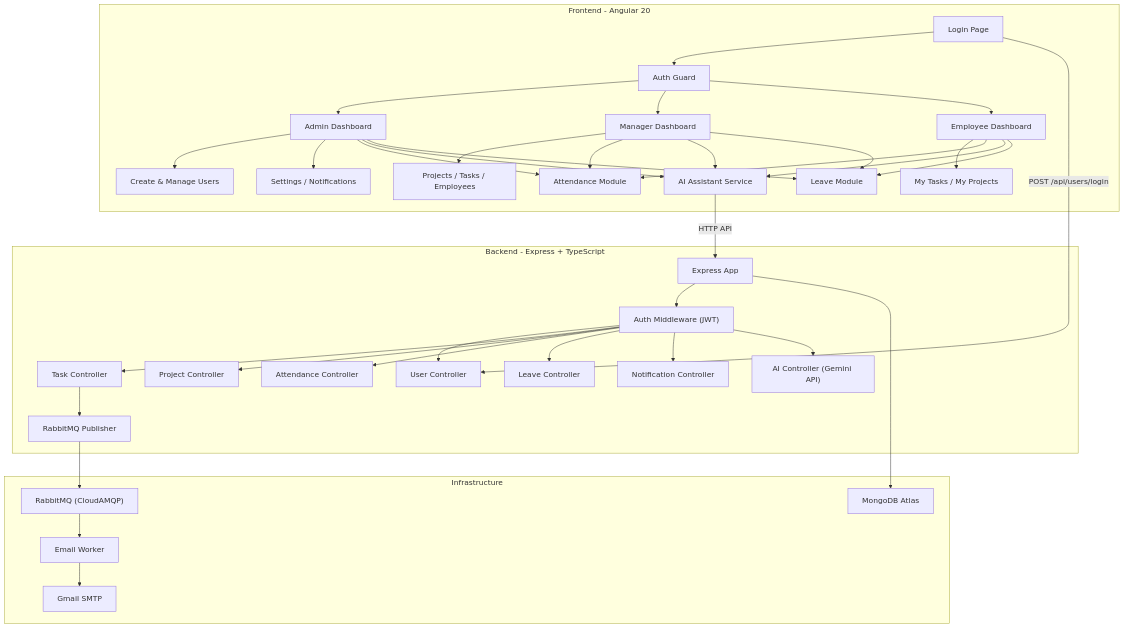
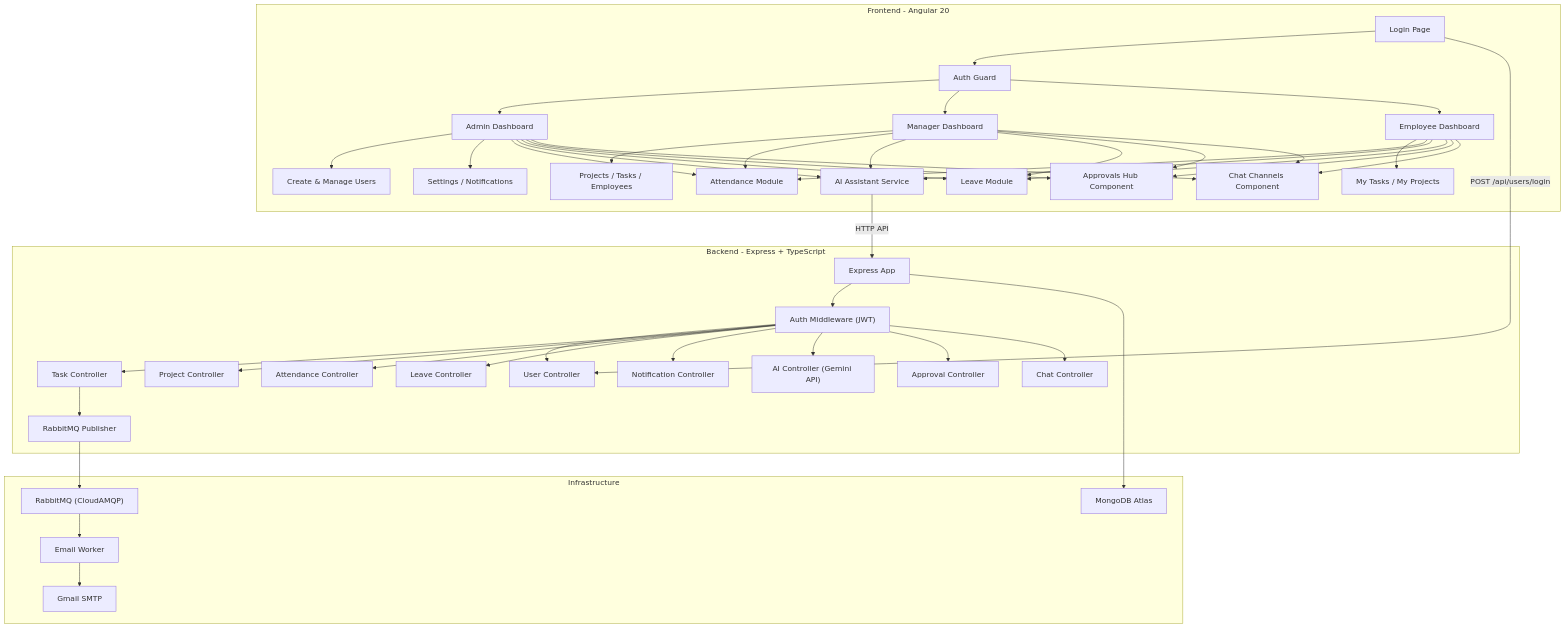
The diagram in taskflow_pro_documentation.md (suraj-9430/taskflow_repomangerfrontend), drawn with Mermaid before and after one commit. The commit also changed other lines of this file, not shown here.

Commit message:
docs(frontend): update architectural and authentication documentation

````diff
--- a/taskflow_pro_documentation.md
+++ b/taskflow_pro_documentation.md
@@ -49,41 +51,45 @@
 ```mermaid
 graph TB
     subgraph "Frontend - Angular 20"
         A["Login Page"] --> B["Auth Guard"]
         B --> C["Admin Dashboard"]
         B --> D["Manager Dashboard"]
         B --> E["Employee Dashboard"]
         C --> F["Create & Manage Users"]
         C --> G["Settings / Notifications"]
         D --> H["Projects / Tasks / Employees"]
         E --> I["My Tasks / My Projects"]
         C & D & E --> J["Attendance Module"]
         C & D & E --> K["AI Assistant Service"]
         C & D & E --> Z["Leave Module"]
+        C & D & E --> AA["Approvals Hub Component"]
+        C & D & E --> BB["Chat Channels Component"]
     end
 
     subgraph "Backend - Express + TypeScript"
         L["Express App"] --> M["Auth Middleware (JWT)"]
         M --> N["User Controller"]
         M --> O["Task Controller"]
         M --> P["Project Controller"]
         M --> Q["Attendance Controller"]
         M --> R["Leave Controller"]
         M --> S["Notification Controller"]
         M --> Y["AI Controller (Gemini API)"]
+        M --> CC["Approval Controller"]
+        M --> DD["Chat Controller"]
         O --> T["RabbitMQ Publisher"]
     end
 
     subgraph "Infrastructure"
         U["MongoDB Atlas"]
         V["RabbitMQ (CloudAMQP)"]
         W["Gmail SMTP"]
         T --> V
         V --> X["Email Worker"]
         X --> W
         L --> U
     end
 
     K -->|HTTP API| L
     A -->|POST /api/users/login| N
 ```
````
